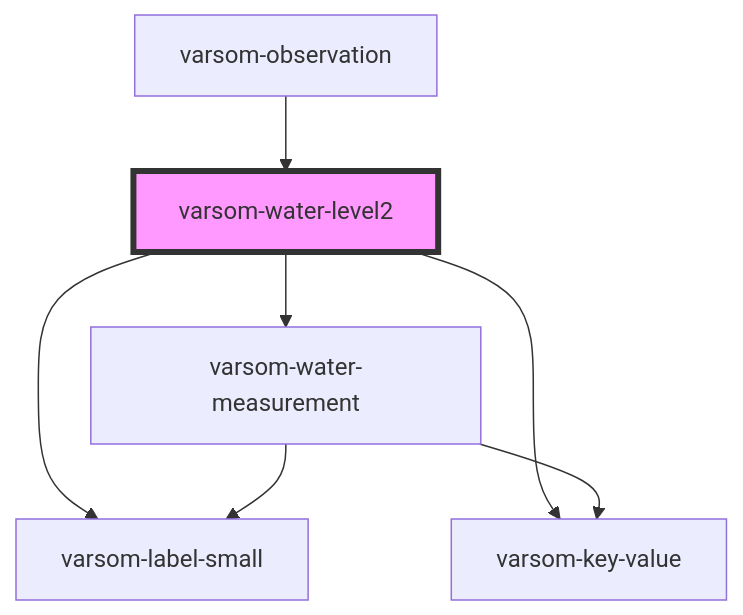
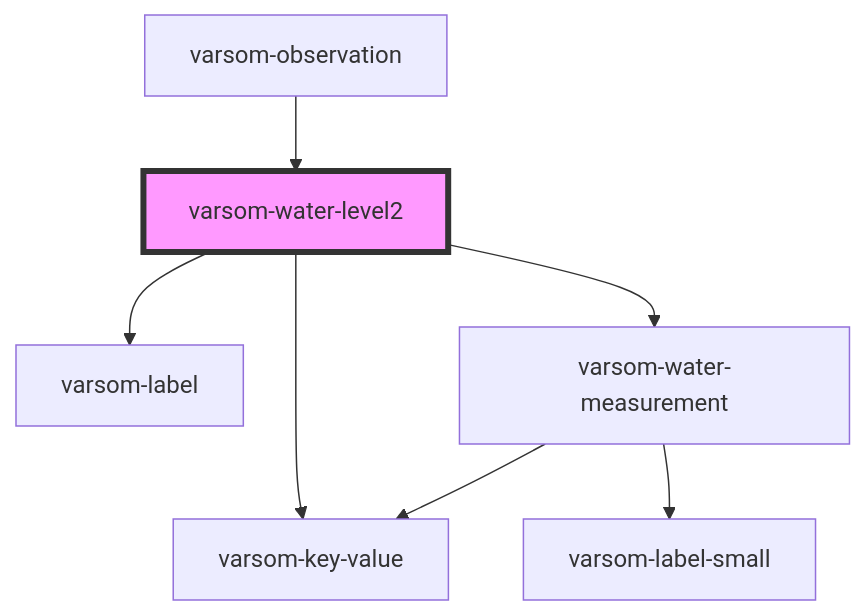
One commit to NVE/varsom-observation changed the diagram in observasjonskort/src/components/varsom-water-level2/readme.md. Above: the diagram before and after it, drawn with Mermaid. The commit also changed other lines of this file and 4 other files, not shown here.

Commit message:
adjusted margin for water level

````diff
--- a/observasjonskort/src/components/varsom-water-level2/readme.md
+++ b/observasjonskort/src/components/varsom-water-level2/readme.md
@@ -47,10 +47,10 @@
 ```mermaid
 graph TD;
-  varsom-water-level2 --> varsom-label-small
+  varsom-water-level2 --> varsom-label
   varsom-water-level2 --> varsom-key-value
   varsom-water-level2 --> varsom-water-measurement
   varsom-water-measurement --> varsom-label-small
   varsom-water-measurement --> varsom-key-value
   varsom-observation --> varsom-water-level2
   style varsom-water-level2 fill:#f9f,stroke:#333,stroke-width:4px
 ```
````
